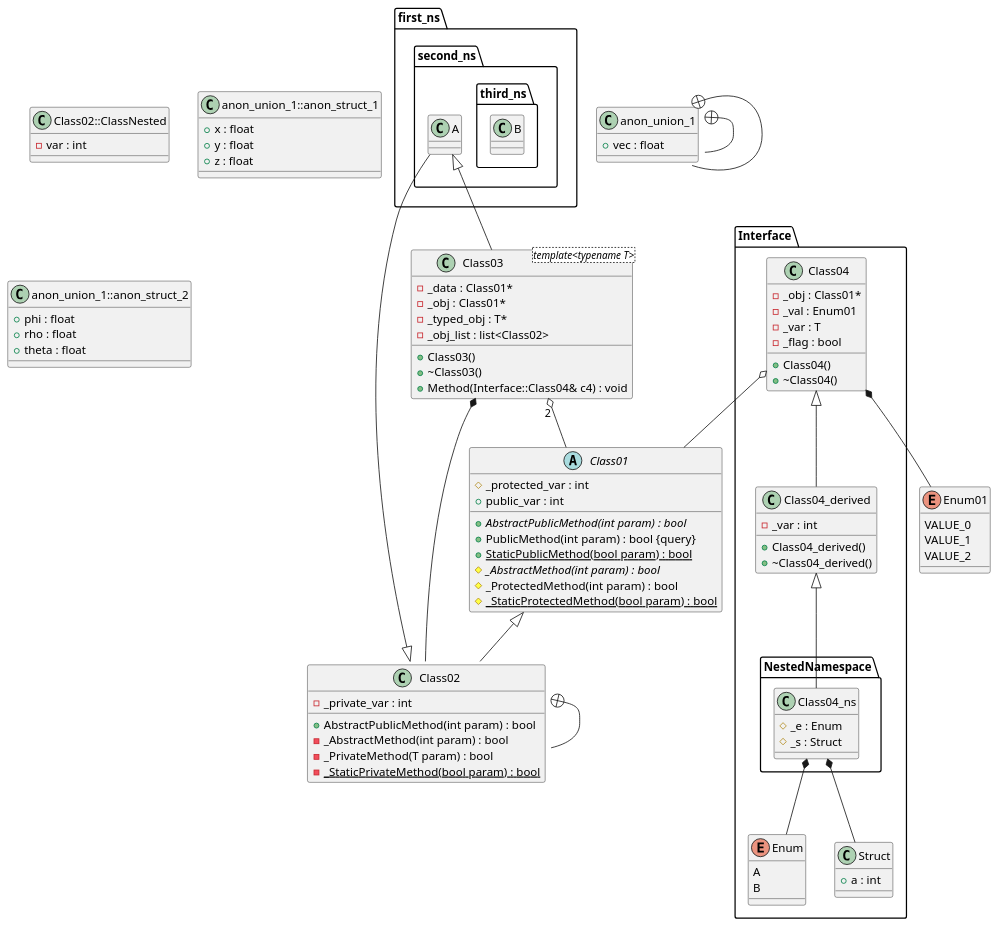
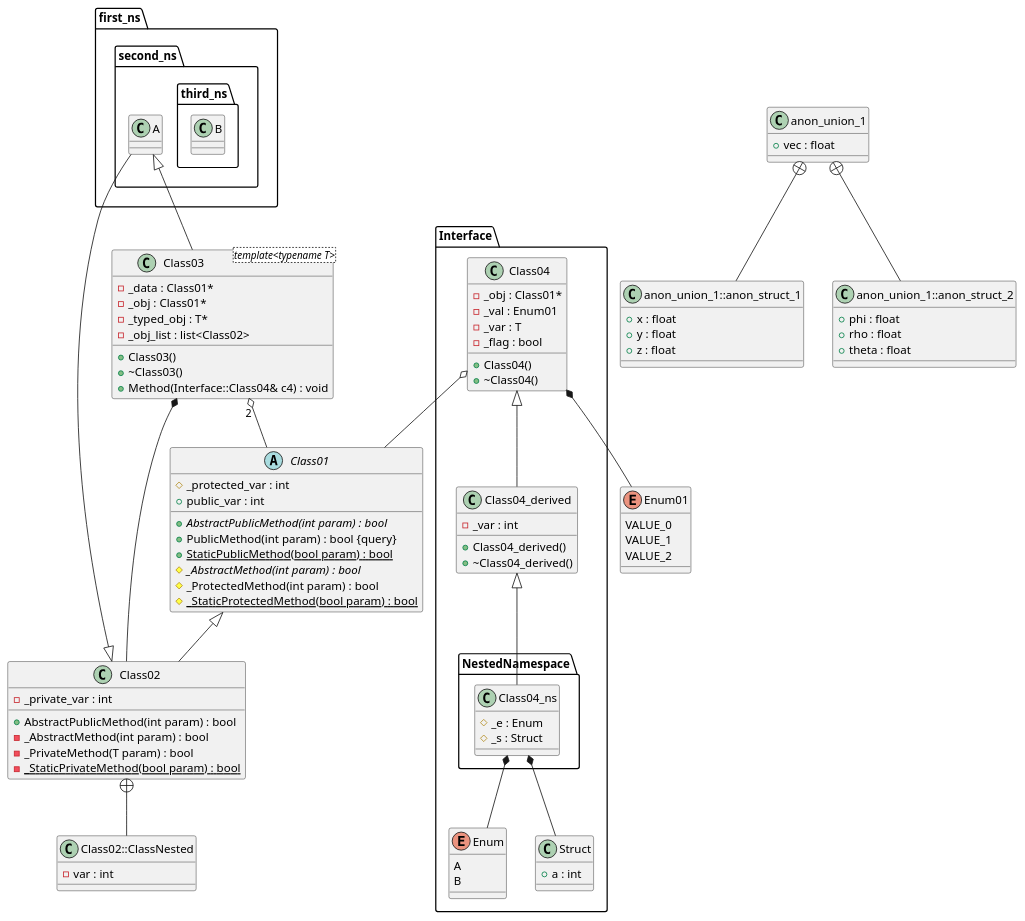
One commit to thibaultmarin/hpp2plantuml changed the third of 4 diagrams in hpp2plantuml.org. Above: the diagram before and after it, drawn with PlantUML. The commit also changed other lines of this file and 9 other files, not shown here.

```diff
--- a/hpp2plantuml.org
+++ b/hpp2plantuml.org
@@ -2898,13 +2889,13 @@
 
 /' Inheritance relationships '/
 
-first_ns.second_ns.A <|-- .Class03
+first_ns.second_ns.A <|-- Class03
 
 
-.Class01 <|-- .Class02
+Class01 <|-- Class02
 
 
-.Class02 <|-- first_ns.second_ns.A
+Class02 <|-- first_ns.second_ns.A
 
 
 Interface.Class04 <|-- Interface.Class04_derived
@@ -2918,16 +2909,16 @@
 
 /' Aggregation relationships '/
 
-.Class03 "2" o-- .Class01
+Class03 "2" o-- Class01
 
 
-.Class03 *-- .Class02
+Class03 *-- Class02
 
 
-Interface.Class04 o-- .Class01
+Interface.Class04 o-- Class01
 
 
-Interface.Class04 *-- .Enum01
+Interface.Class04 *-- Enum01
 
 
 Interface.NestedNamespace.Class04_ns *-- Interface.Enum
@@ -2942,13 +2933,13 @@
 
 /' Nested objects '/
 
-.Class02 +-- .Class02::ClassNested
+Class02 +-- Class02::ClassNested
 
 
-.anon_union_1 +-- .anon_union_1::anon_struct_1
+anon_union_1 +-- anon_union_1::anon_struct_1
 
 
-.anon_union_1 +-- .anon_union_1::anon_struct_2
+anon_union_1 +-- anon_union_1::anon_struct_2
 
 
 
```
